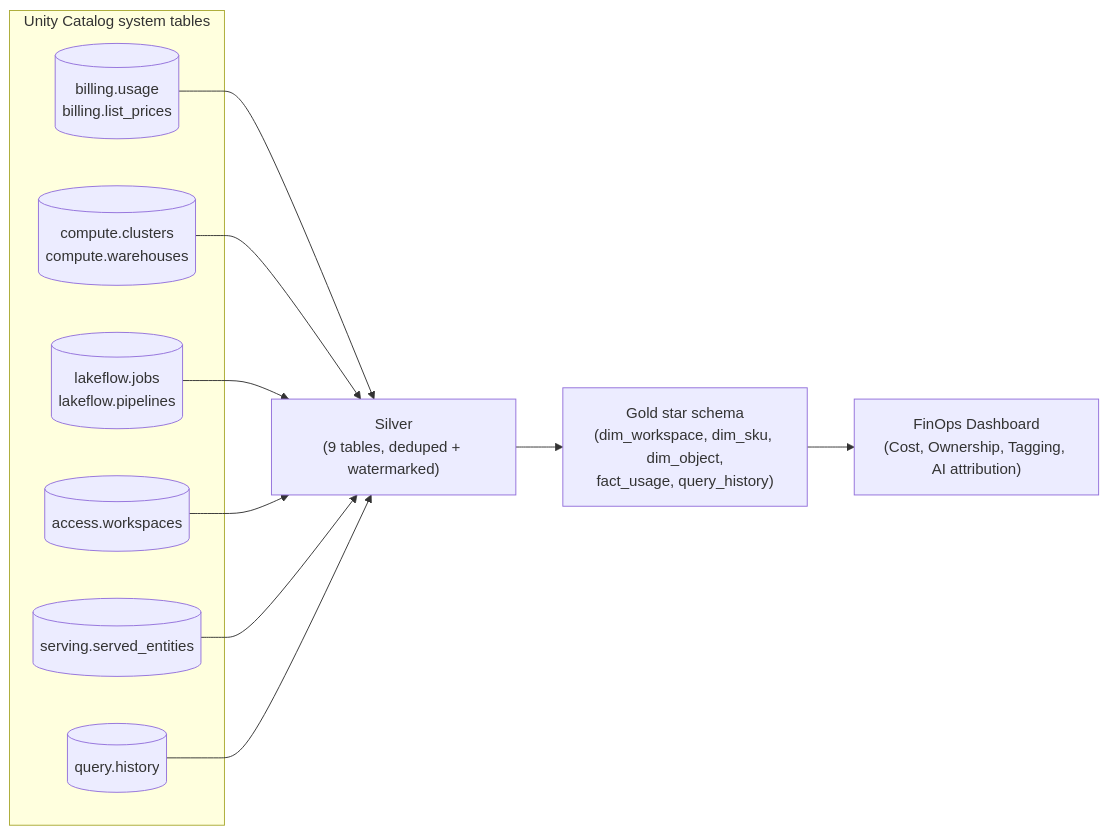
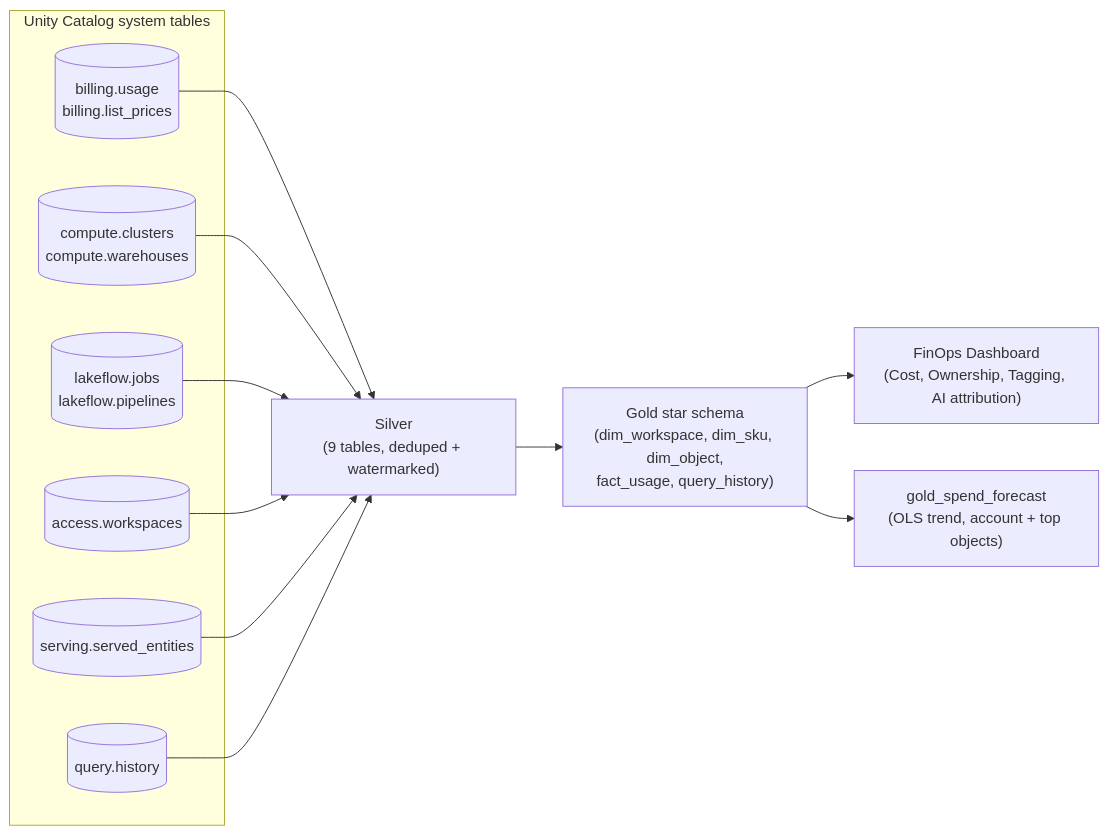
One commit to tus2014ar/databricks-cost-analytics changed the diagram in README.md. Above: the diagram before and after it, drawn with Mermaid. The commit also changed other lines of this file and 3 other files, not shown here.

First line of the commit message:
Add automated spend forecasting (OLS regression, account + top objects)

````diff
--- a/README.md
+++ b/README.md
@@ -52,15 +52,16 @@
 ```mermaid
 flowchart LR
     subgraph Sources["Unity Catalog system tables"]
         BILL[("billing.usage\nbilling.list_prices")]
         COMP[("compute.clusters\ncompute.warehouses")]
         FLOW[("lakeflow.jobs\nlakeflow.pipelines")]
         ACC[("access.workspaces")]
         SRV[("serving.served_entities")]
         QRY[("query.history")]
     end
 
     BILL & COMP & FLOW & ACC & SRV & QRY --> SILVER["Silver\n(9 tables, deduped + watermarked)"]
     SILVER --> GOLD["Gold star schema\n(dim_workspace, dim_sku, dim_object,\nfact_usage, query_history)"]
     GOLD --> DASH["FinOps Dashboard\n(Cost, Ownership, Tagging, AI attribution)"]
+    GOLD --> FCST["gold_spend_forecast\n(OLS trend, account + top objects)"]
 ```
````
